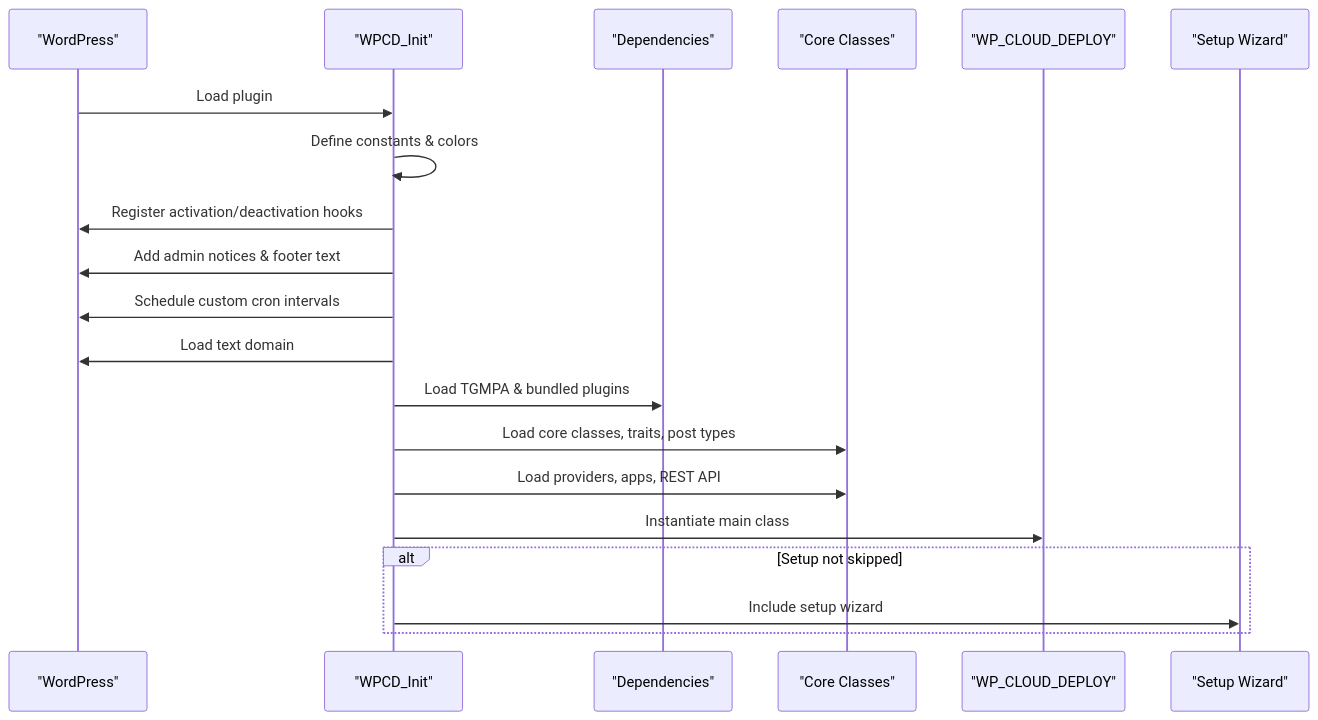
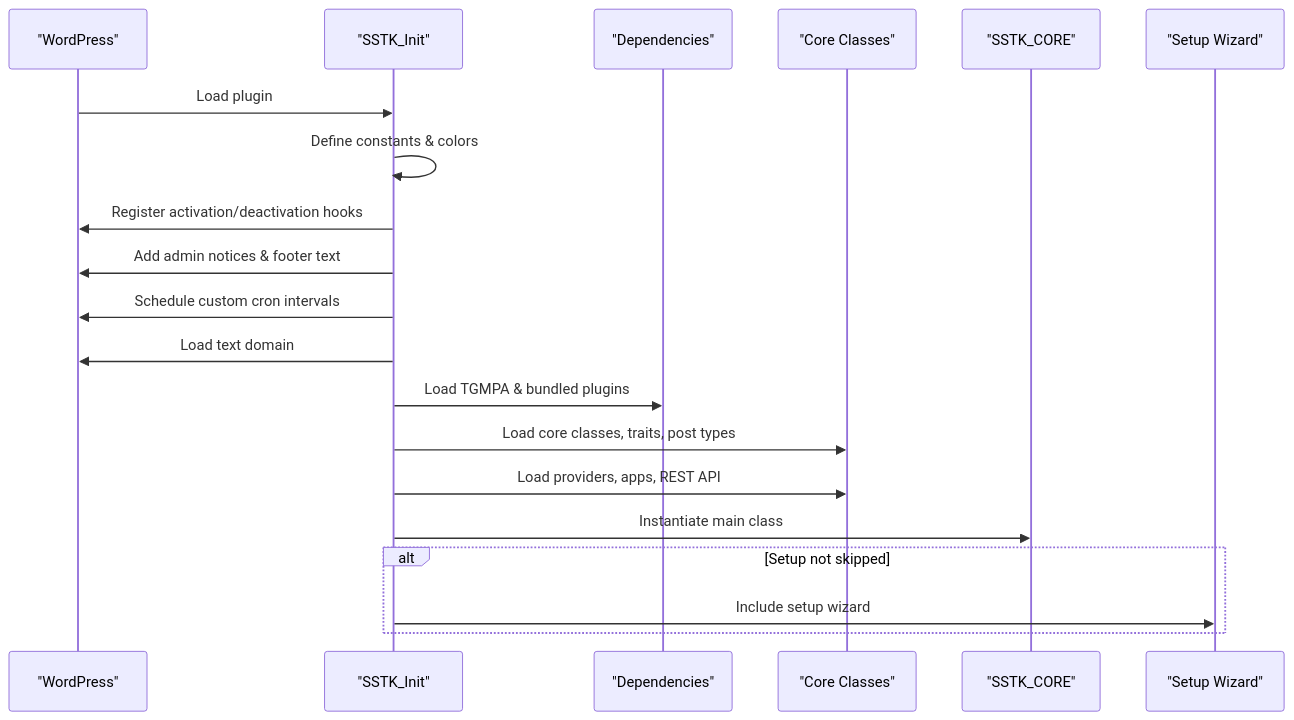
One commit to onedogsolutions/simple-stack changed the second of 10 diagrams in .qoder/repowiki/en/content/Core Components/Core Components.md. Above: the diagram before and after it, drawn with Mermaid. The commit also changed other lines of this file and 5941 other files, not shown here.

First line of the commit message:
refactor(core): rebrand WPCloudDeploy to Simple Stack with new namespaces and prefixes

````diff
--- a/.qoder/repowiki/en/content/Core Components/Core Components.md
+++ b/.qoder/repowiki/en/content/Core Components/Core Components.md
@@ -82,22 +82,22 @@
 ```mermaid
 sequenceDiagram
 participant WP as "WordPress"
-participant Boot as "WPCD_Init"
+participant Boot as "SSTK_Init"
 participant Deps as "Dependencies"
 participant Core as "Core Classes"
-participant App as "WP_CLOUD_DEPLOY"
+participant App as "SSTK_CORE"
 participant Wizard as "Setup Wizard"
 WP->>Boot : Load plugin
 Boot->>Boot : Define constants & colors
 Boot->>WP : Register activation/deactivation hooks
 Boot->>WP : Add admin notices & footer text
 Boot->>WP : Schedule custom cron intervals
 Boot->>WP : Load text domain
 Boot->>Deps : Load TGMPA & bundled plugins
 Boot->>Core : Load core classes, traits, post types
 Boot->>Core : Load providers, apps, REST API
 Boot->>App : Instantiate main class
 alt Setup not skipped
 Boot->>Wizard : Include setup wizard
 end
 ```
````
